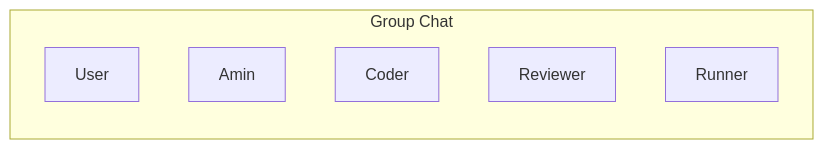
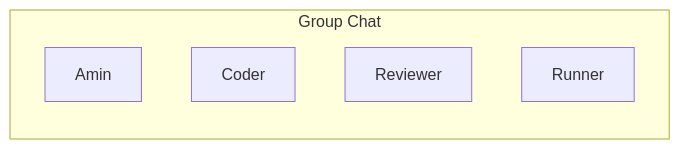
Before and after one commit to microsoft/autogen: the diagram in dotnet/website/articles/Group-chat.md, drawn with Mermaid. The commit also changed 5 other files, not shown here.

````diff
--- a/dotnet/website/articles/Group-chat.md
+++ b/dotnet/website/articles/Group-chat.md
@@ -18,10 +18,9 @@
 ```mermaid
 flowchart LR
   subgraph Group Chat
-    A[User] 
     B[Amin]
     C[Coder]
     D[Reviewer]
     E[Runner]
   end
 ```
````
